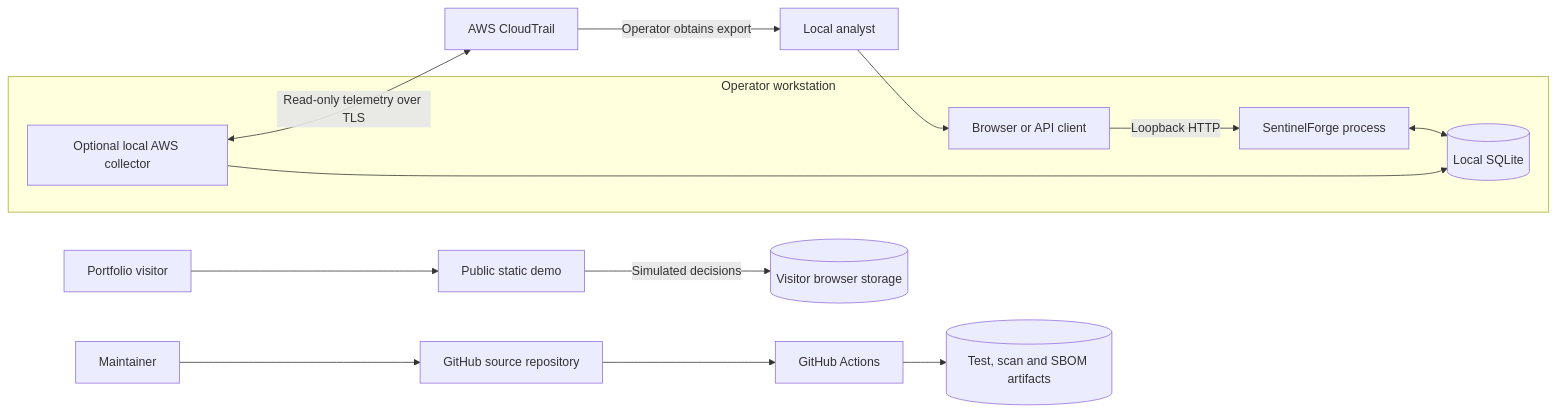
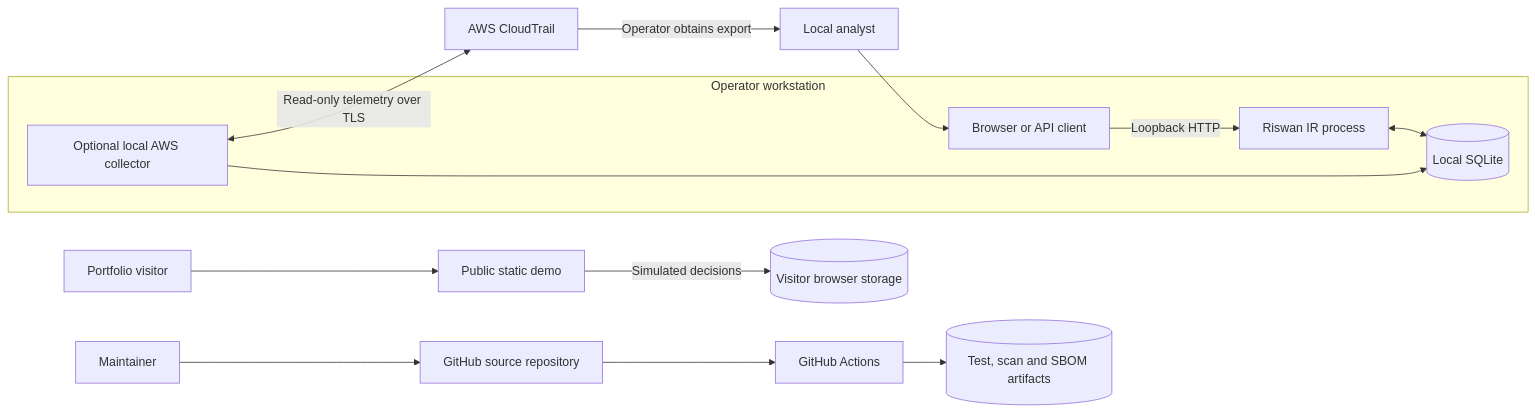
The diagram in docs/architecture/diagrams/system-context.md (Riswan11/RiswanIR), drawn with Mermaid before and after one commit. The commit also changed 196 other files, not shown here.

Commit message:
Rebrand SentinelForge as Riswan IR with migration compatibility

````diff
--- a/docs/architecture/diagrams/system-context.md
+++ b/docs/architecture/diagrams/system-context.md
@@ -3,16 +3,16 @@
 ```mermaid
 flowchart LR
     AWS["AWS CloudTrail"] -->|"Operator obtains export"| Analyst["Local analyst"]
     Analyst --> Browser["Browser or API client"]
     subgraph Host["Operator workstation"]
-        Browser -->|"Loopback HTTP"| App["SentinelForge process"]
+        Browser -->|"Loopback HTTP"| App["Riswan IR process"]
         App <--> DB[("Local SQLite")]
         Collector["Optional local AWS collector"] --> DB
     end
     Collector <-->|"Read-only telemetry over TLS"| AWS
     Visitor["Portfolio visitor"] --> Demo["Public static demo"]
     Demo -->|"Simulated decisions"| LocalStorage[("Visitor browser storage")]
     Maintainer["Maintainer"] --> Repo["GitHub source repository"]
     Repo --> CI["GitHub Actions"]
     CI --> Reports[("Test, scan and SBOM artifacts")]
 ```
````
